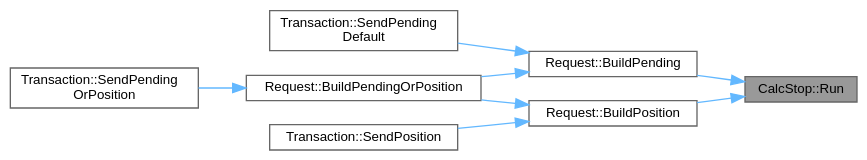
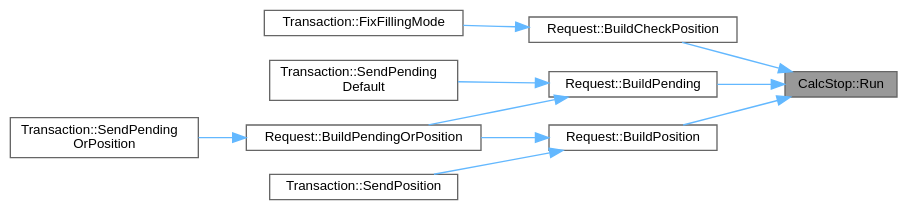
One commit to davdcsam/AtingMQL5 changed the diagram in docs/class_calc_stop_a48df6835c86088711aef2fd9e433dc2f_icgraph.dot. Above: the diagram before and after it, drawn with Graphviz. The commit also changed 108 other files, not shown here.

```diff
--- a/docs/class_calc_stop_a48df6835c86088711aef2fd9e433dc2f_icgraph.dot
+++ b/docs/class_calc_stop_a48df6835c86088711aef2fd9e433dc2f_icgraph.dot
@@ -1,22 +1,26 @@
 digraph "CalcStop::Run"
 {
  // LATEX_PDF_SIZE
   bgcolor="transparent";
   edge [fontname=Helvetica,fontsize=10,labelfontname=Helvetica,labelfontsize=10];
   node [fontname=Helvetica,fontsize=10,shape=box,height=0.2,width=0.4];
   rankdir="RL";
-  Node1 [id="Node000001",label="CalcStop::Run",height=0.2,width=0.4,color="gray40", fillcolor="grey60", style="filled", fontcolor="black",tooltip=" "];
+  Node1 [id="Node000001",label="CalcStop::Run",height=0.2,width=0.4,color="gray40", fillcolor="grey60", style="filled", fontcolor="black",tooltip="Calculates the stop price based on provided parameters."];
   Node1 -> Node2 [id="edge1_Node000001_Node000002",dir="back",color="steelblue1",style="solid",tooltip=" "];
-  Node2 [id="Node000002",label="Request::BuildPending",height=0.2,width=0.4,color="grey40", fillcolor="white", style="filled",URL="$class_request.html#ac313ab11ae5a0b7f39ac1fac4bc6bd34",tooltip=" "];
+  Node2 [id="Node000002",label="Request::BuildCheckPosition",height=0.2,width=0.4,color="grey40", fillcolor="white", style="filled",URL="$class_request.html#a708a65c7383e5d98bfe3bc8ac0e052af",tooltip="Builds a check position."];
   Node2 -> Node3 [id="edge2_Node000002_Node000003",dir="back",color="steelblue1",style="solid",tooltip=" "];
-  Node3 [id="Node000003",label="Request::BuildPendingOrPosition",height=0.2,width=0.4,color="grey40", fillcolor="white", style="filled",URL="$class_request.html#a023eac82e99291a6cc1f222e462b8bae",tooltip=" "];
-  Node3 -> Node4 [id="edge3_Node000003_Node000004",dir="back",color="steelblue1",style="solid",tooltip=" "];
-  Node4 [id="Node000004",label="Transaction::SendPending\lOrPosition",height=0.2,width=0.4,color="grey40", fillcolor="white", style="filled",URL="$class_transaction.html#a87b0d4eb28a9367696a05547643769f2",tooltip=" "];
-  Node2 -> Node5 [id="edge4_Node000002_Node000005",dir="back",color="steelblue1",style="solid",tooltip=" "];
-  Node5 [id="Node000005",label="Transaction::SendPending\lDefault",height=0.2,width=0.4,color="grey40", fillcolor="white", style="filled",URL="$class_transaction.html#ae41321646ca73a773f030439d4370369",tooltip=" "];
-  Node1 -> Node6 [id="edge5_Node000001_Node000006",dir="back",color="steelblue1",style="solid",tooltip=" "];
-  Node6 [id="Node000006",label="Request::BuildPosition",height=0.2,width=0.4,color="grey40", fillcolor="white", style="filled",URL="$class_request.html#aba60d3071821060752c4687108a3a3ca",tooltip=" "];
-  Node6 -> Node3 [id="edge6_Node000006_Node000003",dir="back",color="steelblue1",style="solid",tooltip=" "];
-  Node6 -> Node7 [id="edge7_Node000006_Node000007",dir="back",color="steelblue1",style="solid",tooltip=" "];
-  Node7 [id="Node000007",label="Transaction::SendPosition",height=0.2,width=0.4,color="grey40", fillcolor="white", style="filled",URL="$class_transaction.html#ade5565bcef23b653da94782969621119",tooltip=" "];
+  Node3 [id="Node000003",label="Transaction::FixFillingMode",height=0.2,width=0.4,color="grey40", fillcolor="white", style="filled",URL="$class_transaction.html#aa880e99e7c90bed3fd9be986166d805c",tooltip="Fixes the filling mode for the transaction."];
+  Node1 -> Node4 [id="edge3_Node000001_Node000004",dir="back",color="steelblue1",style="solid",tooltip=" "];
+  Node4 [id="Node000004",label="Request::BuildPending",height=0.2,width=0.4,color="grey40", fillcolor="white", style="filled",URL="$class_request.html#a2713db694f975e5a362423a33c9bbf47",tooltip="Builds a pending order."];
+  Node4 -> Node5 [id="edge4_Node000004_Node000005",dir="back",color="steelblue1",style="solid",tooltip=" "];
+  Node5 [id="Node000005",label="Request::BuildPendingOrPosition",height=0.2,width=0.4,color="grey40", fillcolor="white", style="filled",URL="$class_request.html#a367521d18c1766b70c933ca7f797f50f",tooltip="Builds a pending order or position."];
+  Node5 -> Node6 [id="edge5_Node000005_Node000006",dir="back",color="steelblue1",style="solid",tooltip=" "];
+  Node6 [id="Node000006",label="Transaction::SendPending\lOrPosition",height=0.2,width=0.4,color="grey40", fillcolor="white", style="filled",URL="$class_transaction.html#aa92a542cfb82f2c49d0b34124fde5444",tooltip="Sends a pending or position order for the transaction."];
+  Node4 -> Node7 [id="edge6_Node000004_Node000007",dir="back",color="steelblue1",style="solid",tooltip=" "];
+  Node7 [id="Node000007",label="Transaction::SendPending\lDefault",height=0.2,width=0.4,color="grey40", fillcolor="white", style="filled",URL="$class_transaction.html#adee407f1aed820b1f9b59abe011b9ae3",tooltip="Sends a pending order with default parameters for the transaction."];
+  Node1 -> Node8 [id="edge7_Node000001_Node000008",dir="back",color="steelblue1",style="solid",tooltip=" "];
+  Node8 [id="Node000008",label="Request::BuildPosition",height=0.2,width=0.4,color="grey40", fillcolor="white", style="filled",URL="$class_request.html#af63417ff74f594bc7f098421e32e3320",tooltip="Builds a position."];
+  Node8 -> Node5 [id="edge8_Node000008_Node000005",dir="back",color="steelblue1",style="solid",tooltip=" "];
+  Node8 -> Node9 [id="edge9_Node000008_Node000009",dir="back",color="steelblue1",style="solid",tooltip=" "];
+  Node9 [id="Node000009",label="Transaction::SendPosition",height=0.2,width=0.4,color="grey40", fillcolor="white", style="filled",URL="$class_transaction.html#a24d77a22b48ae106e774efb0af19f268",tooltip="Sends a position order for the transaction."];
 }
```
